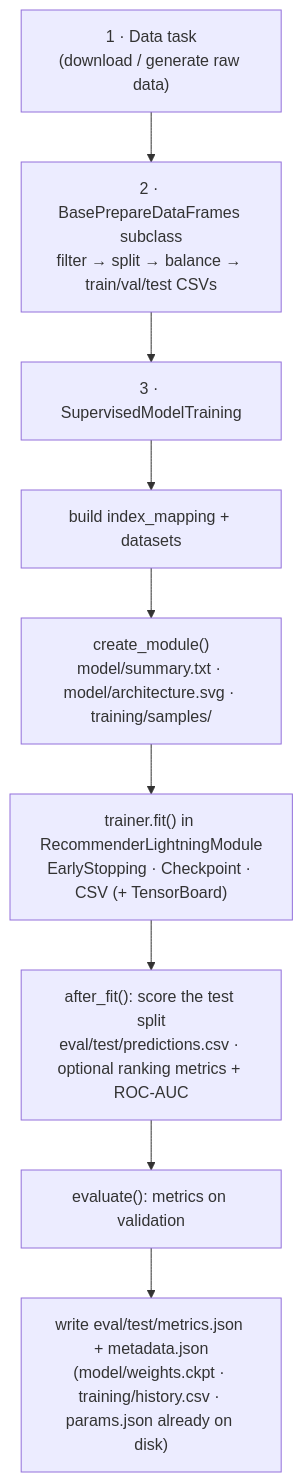
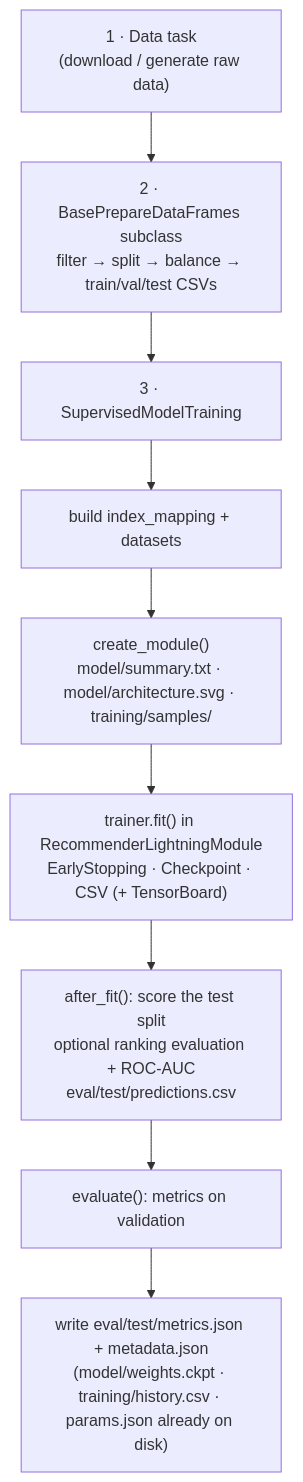
The diagram in docs/concepts/pipeline.md (marlesson/mars-rec), drawn with Mermaid before and after one commit. The commit also changed other lines of this file and 28 other files, not shown here.

First line of the commit message:
feat(eval): full-catalog ranking evaluation with beyond-accuracy metrics (#29)

````diff
--- a/docs/concepts/pipeline.md
+++ b/docs/concepts/pipeline.md
@@ -6,12 +6,12 @@
 ```mermaid
 flowchart TD
     A["1 · Data task<br/>(download / generate raw data)"] --> B
     B["2 · BasePrepareDataFrames subclass<br/>filter → split → balance → train/val/test CSVs"] --> C
     C["3 · SupervisedModelTraining"]
     C --> C1["build index_mapping + datasets"]
     C1 --> C2["create_module()<br/>model/summary.txt · model/architecture.svg · training/samples/"]
     C2 --> C3["trainer.fit() in RecommenderLightningModule<br/>EarlyStopping · Checkpoint · CSV (+ TensorBoard)"]
-    C3 --> C4["after_fit(): score the test split<br/>eval/test/predictions.csv · optional ranking metrics + ROC-AUC"]
+    C3 --> C4["after_fit(): score the test split<br/>optional ranking evaluation + ROC-AUC<br/>eval/test/predictions.csv"]
     C4 --> C5["evaluate(): metrics on validation"]
     C5 --> C6["write eval/test/metrics.json + metadata.json<br/>(model/weights.ckpt · training/history.csv · params.json already on disk)"]
 ```
````
